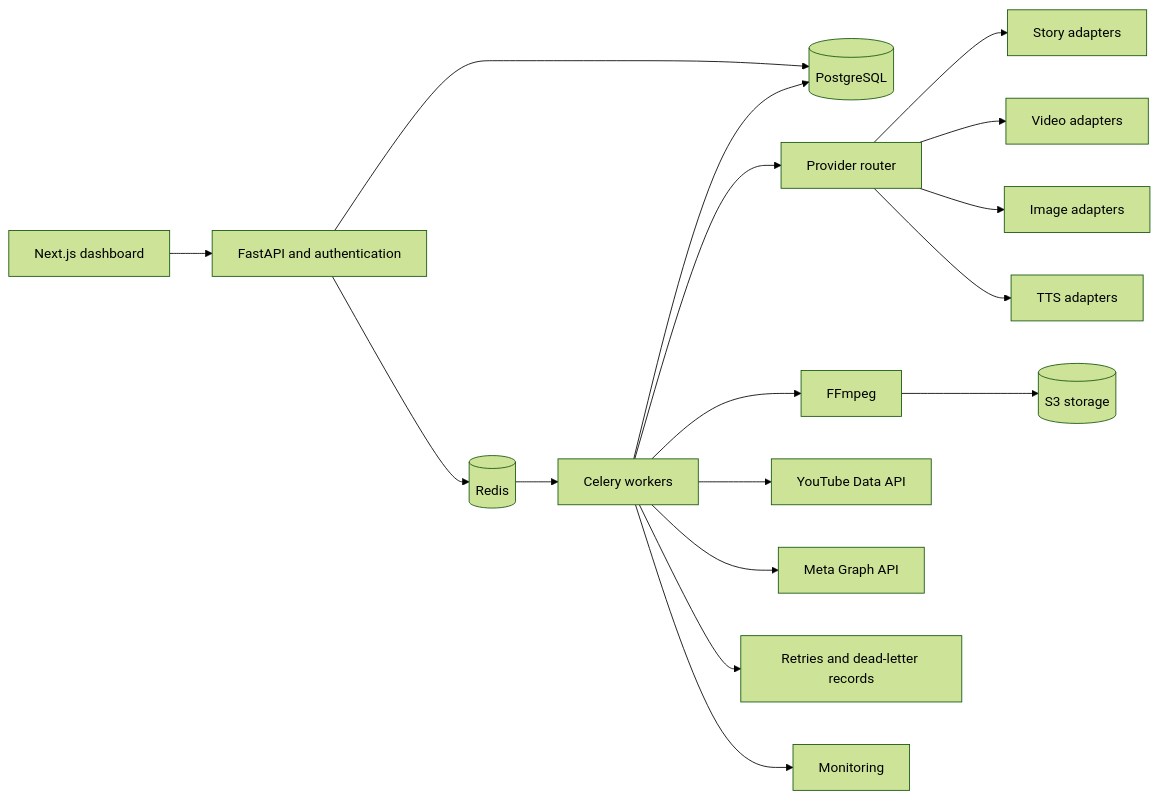
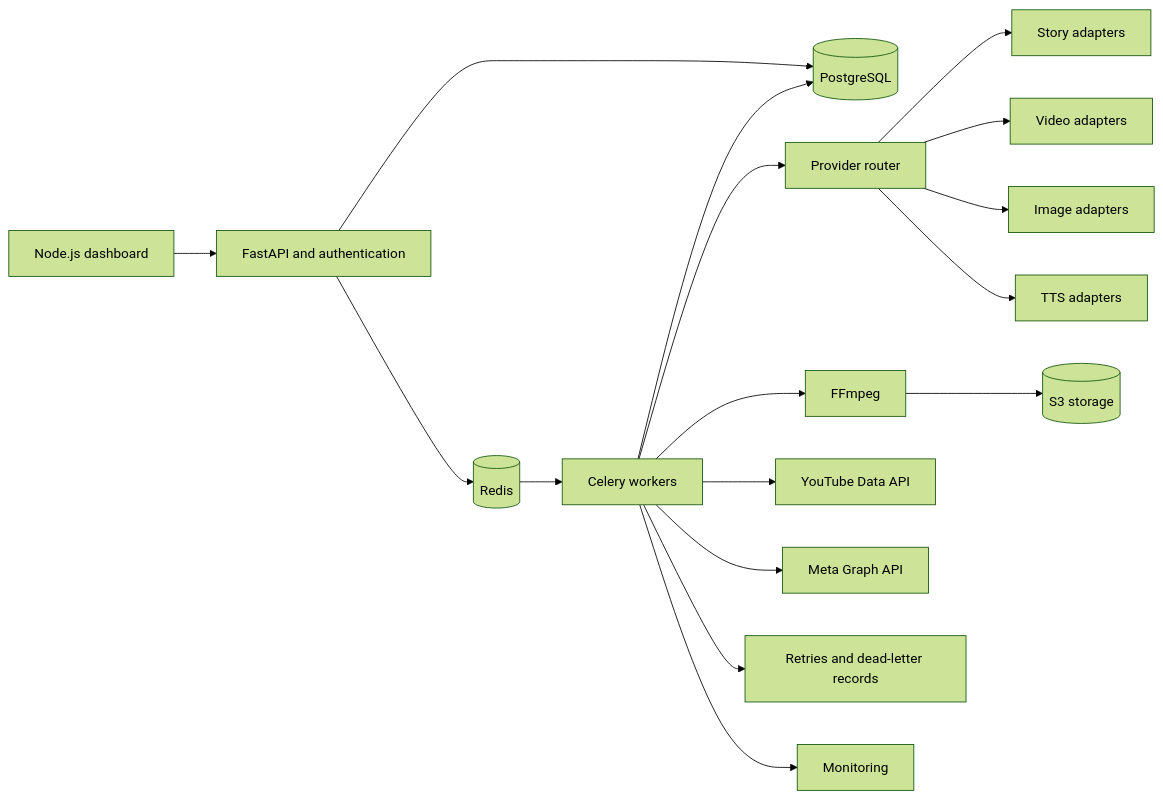
Before and after one commit to mdalamin-py/Story-Video-Automation: the first of 2 diagrams in documentation/implementation.md, drawn with Mermaid (forest theme). The commit also changed other lines of this file and 80 other files, not shown here.

````diff
--- a/documentation/implementation.md
+++ b/documentation/implementation.md
@@ -23,19 +23,19 @@
 ```mermaid
 flowchart LR
-  UI[Next.js dashboard] --> API[FastAPI and authentication]
+  UI[Node.js dashboard] --> API[FastAPI and authentication]
   API --> DB[(PostgreSQL)]
   API --> Queue[(Redis)]
   Queue --> Workers[Celery workers]
   Workers --> DB
   Workers --> Router[Provider router]
   Router --> Story[Story adapters]
   Router --> Video[Video adapters]
   Router --> Image[Image adapters]
   Router --> Voice[TTS adapters]
   Workers --> Render[FFmpeg]
   Render --> Assets[(S3 storage)]
   Workers --> YouTube[YouTube Data API]
   Workers --> Meta[Meta Graph API]
   Workers --> Retry[Retries and dead-letter records]
   Workers --> Metrics[Monitoring]
 ```
````
